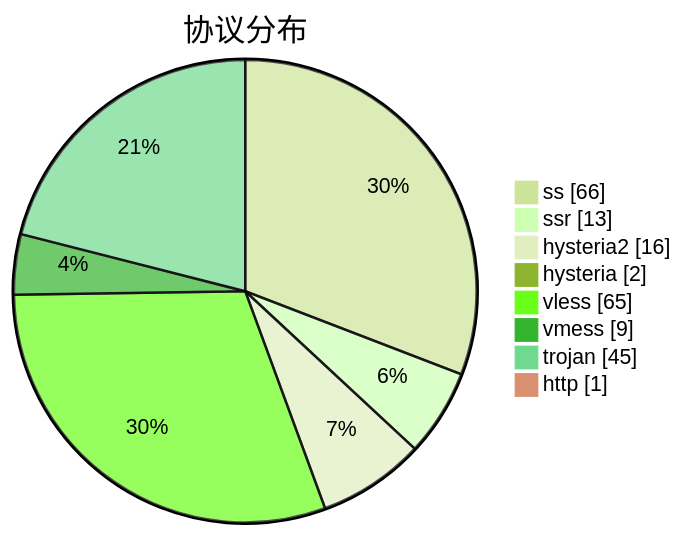
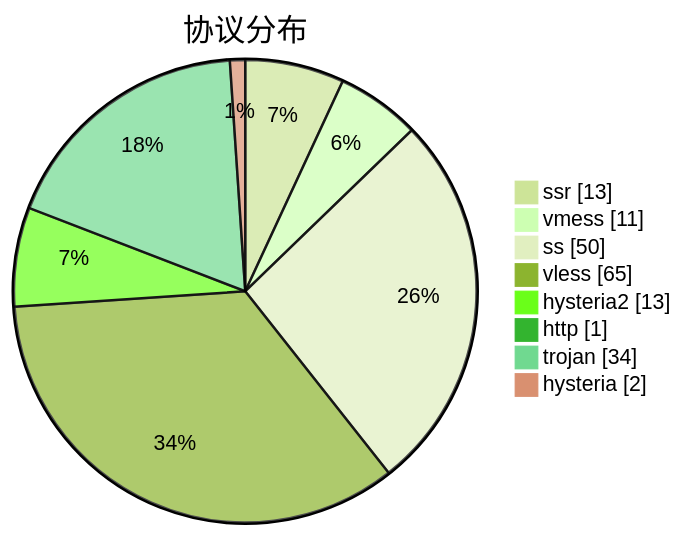
The third of 3 diagrams in subs/statistics/tested_within.md (sinspired/airport), drawn with Mermaid (forest theme) before and after one commit. The commit also changed other lines of this file and 2 other files, not shown here.

````diff
--- a/subs/statistics/tested_within.md
+++ b/subs/statistics/tested_within.md
@@ -44,12 +43,12 @@
 ```mermaid
 pie showData
 title 协议分布
-"ss" : 66
 "ssr" : 13
-"hysteria2" : 16
+"vmess" : 11
+"ss" : 50
+"vless" : 65
+"hysteria2" : 13
+"http" : 1
+"trojan" : 34
 "hysteria" : 2
-"vless" : 65
-"vmess" : 9
-"trojan" : 45
-"http" : 1
 ```
````
